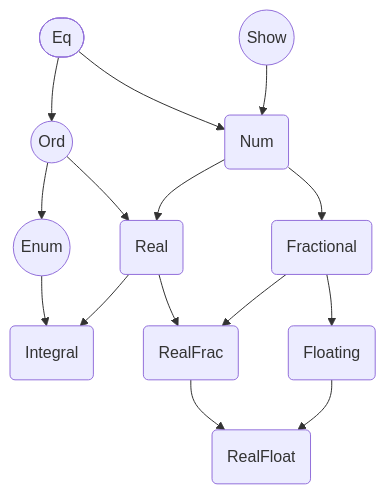
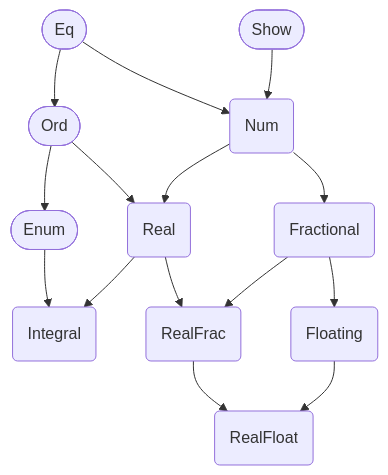
One commit to wolfangy/haskell changed the diagram in haskell-in-depth/ch02/ch2.md. Above: the diagram before and after it, drawn with Mermaid.

````diff
--- a/haskell-in-depth/ch02/ch2.md
+++ b/haskell-in-depth/ch02/ch2.md
@@ -481,17 +481,17 @@
 ```mermaid
 graph TD;
     Eq([Eq]) --> N(Num)
-    S((Show)) --> N
-    Eq --> O((Ord))
-    O --> En((Enum))
+    S([Show]) --> N
+    Eq --> O([Ord])
+    O --> En([Enum])
     O --> R(Real)
     N --> R
     N --> F(Fractional)
     En --> I(Integral)
     R --> I
     R --> RF(RealFrac)
     F --> RF
     F --> Fl(Floating)
     RF --> RFl
     Fl --> RFl(RealFloat)
 ```
````
